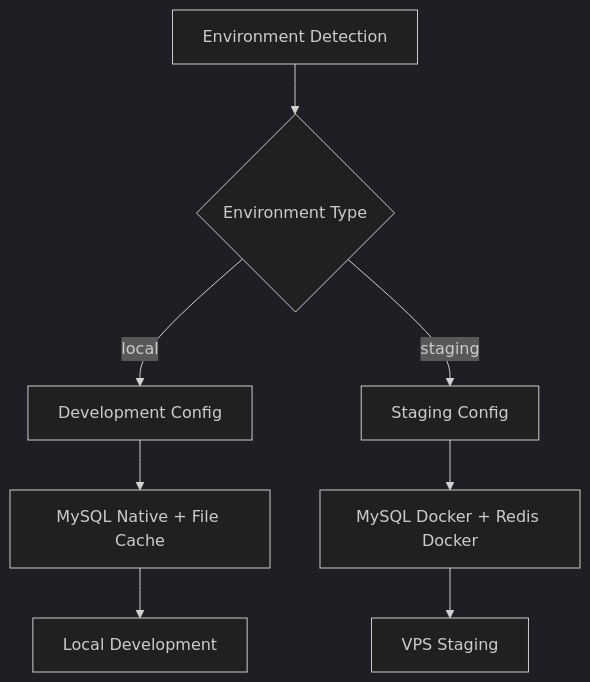
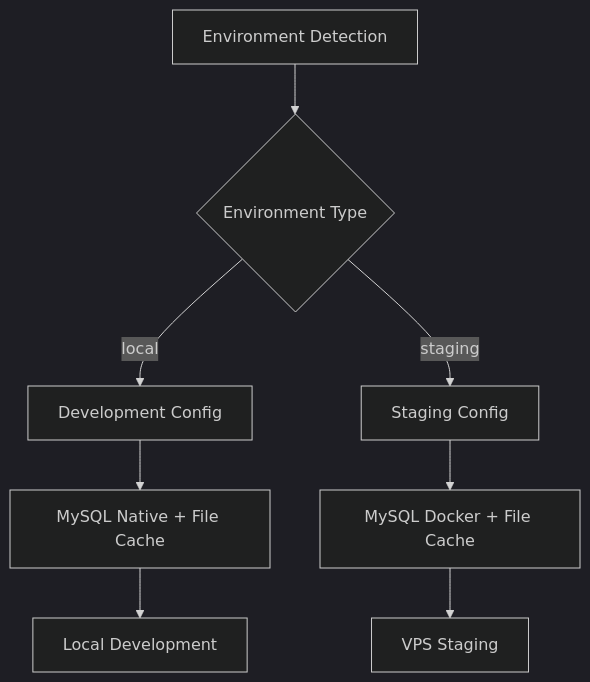
One commit to PhillipNobel/Controle-Financeiro changed the first of 3 diagrams in .kiro/specs/configuracao-ambientes/design.md. Above: the diagram before and after it, drawn with Mermaid (dark theme). The commit also changed other lines of this file and 8 other files, not shown here.

````diff
--- a/.kiro/specs/configuracao-ambientes/design.md
+++ b/.kiro/specs/configuracao-ambientes/design.md
@@ -39,12 +39,12 @@
 ```mermaid
 graph TD
     A[Environment Detection] --> B{Environment Type}
     B -->|local| C[Development Config]
     B -->|staging| D[Staging Config]
     
     C --> F[MySQL Native + File Cache]
-    D --> G[MySQL Docker + Redis Docker]
+    D --> G[MySQL Docker + File Cache]
     
     F --> I[Local Development]
     G --> J[VPS Staging]
 ```
````
